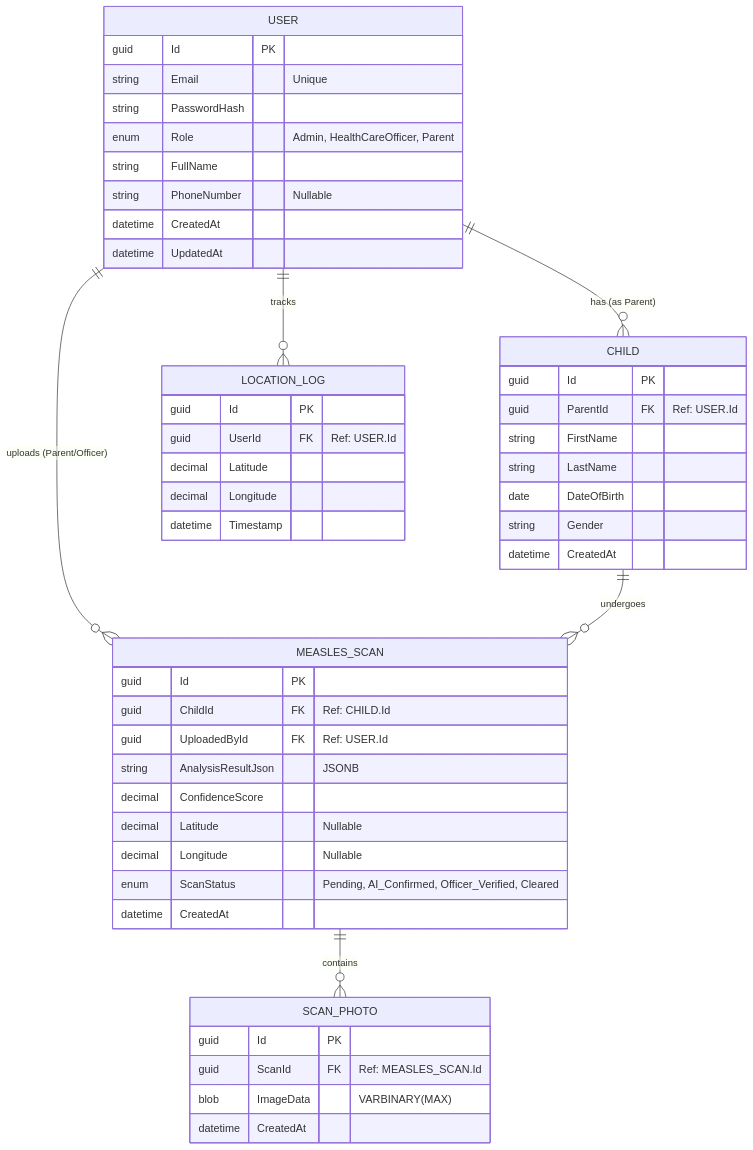
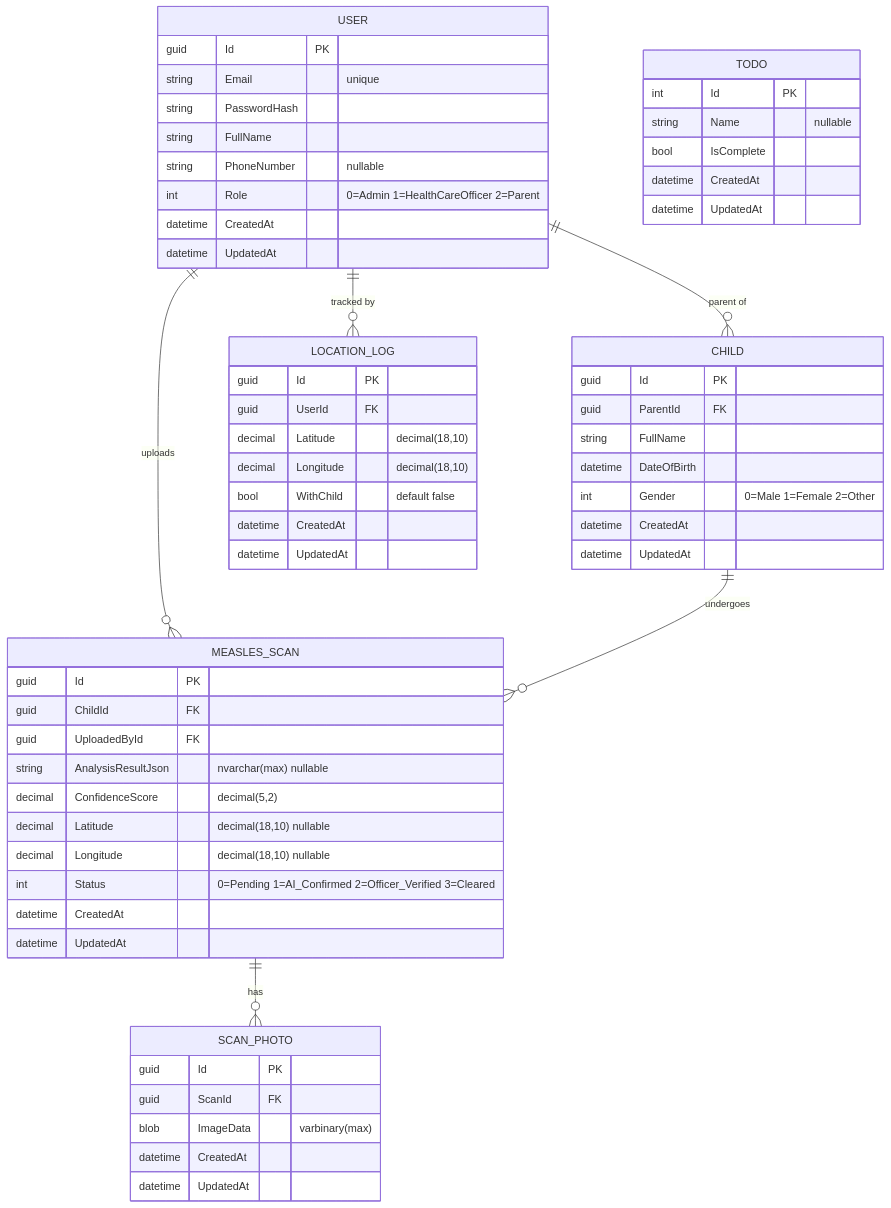
One commit to zanibul-shanto/MobroAI changed the diagram in apps/api/README.md. Above: the diagram before and after it, drawn with Mermaid. The commit also changed other lines of this file, not shown here.

First line of the commit message:
docs: rewrite README with accurate DB schema and full API reference

````diff
--- a/apps/api/README.md
+++ b/apps/api/README.md
@@ -37,56 +73,68 @@
 ```mermaid
 erDiagram
-    USER ||--o{ CHILD : "has (as Parent)"
-    USER ||--o{ MEASLES_SCAN : "uploads (Parent/Officer)"
-    USER ||--o{ LOCATION_LOG : "tracks"
+    USER ||--o{ CHILD : "parent of"
+    USER ||--o{ MEASLES_SCAN : "uploads"
+    USER ||--o{ LOCATION_LOG : "tracked by"
     CHILD ||--o{ MEASLES_SCAN : "undergoes"
-    MEASLES_SCAN ||--o{ SCAN_PHOTO : "contains"
+    MEASLES_SCAN ||--o{ SCAN_PHOTO : "has"
 
     USER {
         guid Id PK
-        string Email "Unique"
+        string Email "unique"
         string PasswordHash
-        enum Role "Admin, HealthCareOfficer, Parent"
         string FullName
-        string PhoneNumber "Nullable"
+        string PhoneNumber "nullable"
+        int Role "0=Admin 1=HealthCareOfficer 2=Parent"
         datetime CreatedAt
         datetime UpdatedAt
     }
 
     CHILD {
         guid Id PK
-        guid ParentId FK "Ref: USER.Id"
-        string FirstName
-        string LastName
-        date DateOfBirth
-        string Gender
+        guid ParentId FK
+        string FullName
+        datetime DateOfBirth
+        int Gender "0=Male 1=Female 2=Other"
         datetime CreatedAt
+        datetime UpdatedAt
     }
 
     MEASLES_SCAN {
         guid Id PK
-        guid ChildId FK "Ref: CHILD.Id"
-        guid UploadedById FK "Ref: USER.Id"
-        string AnalysisResultJson "JSONB"
-        decimal ConfidenceScore
-        decimal Latitude "Nullable"
-        decimal Longitude "Nullable"
-        enum ScanStatus "Pending, AI_Confirmed, Officer_Verified, Cleared"
+        guid ChildId FK
+        guid UploadedById FK
+        string AnalysisResultJson "nvarchar(max) nullable"
+        decimal ConfidenceScore "decimal(5,2)"
+        decimal Latitude "decimal(18,10) nullable"
+        decimal Longitude "decimal(18,10) nullable"
+        int Status "0=Pending 1=AI_Confirmed 2=Officer_Verified 3=Cleared"
         datetime CreatedAt
+        datetime UpdatedAt
     }
 
     SCAN_PHOTO {
         guid Id PK
-        guid ScanId FK "Ref: MEASLES_SCAN.Id"
-        blob ImageData "VARBINARY(MAX)"
+        guid ScanId FK
+        blob ImageData "varbinary(max)"
         datetime CreatedAt
+        datetime UpdatedAt
     }
 
     LOCATION_LOG {
         guid Id PK
-        guid UserId FK "Ref: USER.Id"
-        decimal Latitude
-        decimal Longitude
-        datetime Timestamp
+        guid UserId FK
+        decimal Latitude "decimal(18,10)"
+        decimal Longitude "decimal(18,10)"
+        bool WithChild "default false"
+        datetime CreatedAt
+        datetime UpdatedAt
+    }
+
+    TODO {
+        int Id PK
+        string Name "nullable"
+        bool IsComplete
+        datetime CreatedAt
+        datetime UpdatedAt
     }
 ```
````
